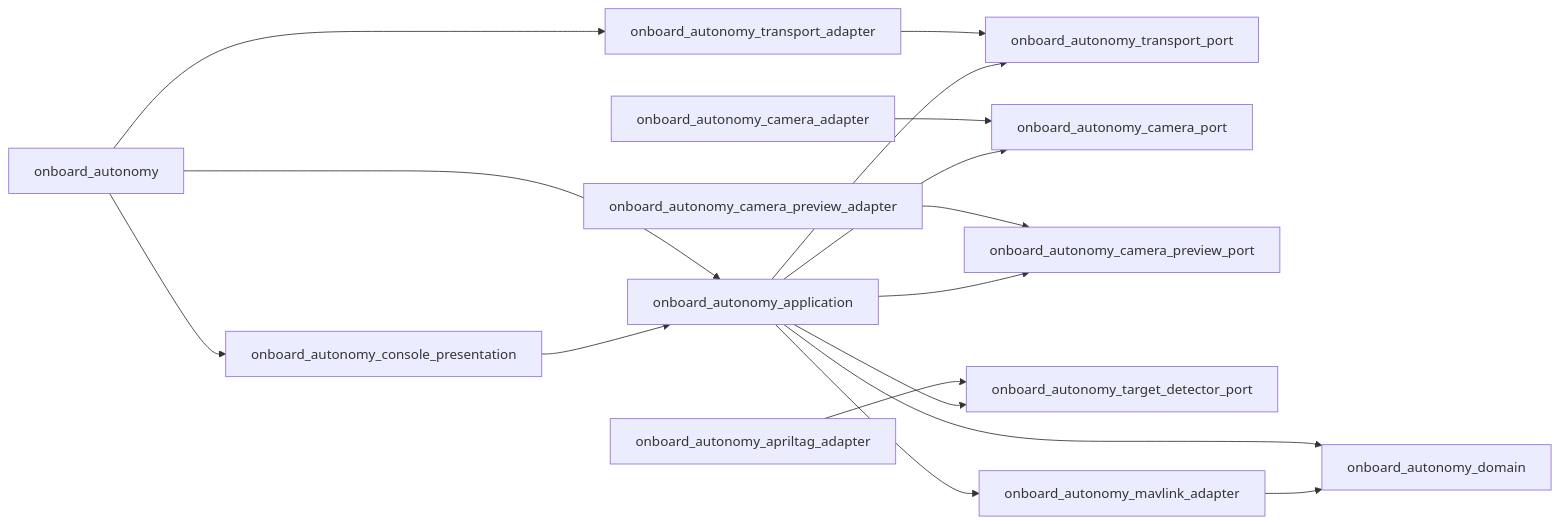
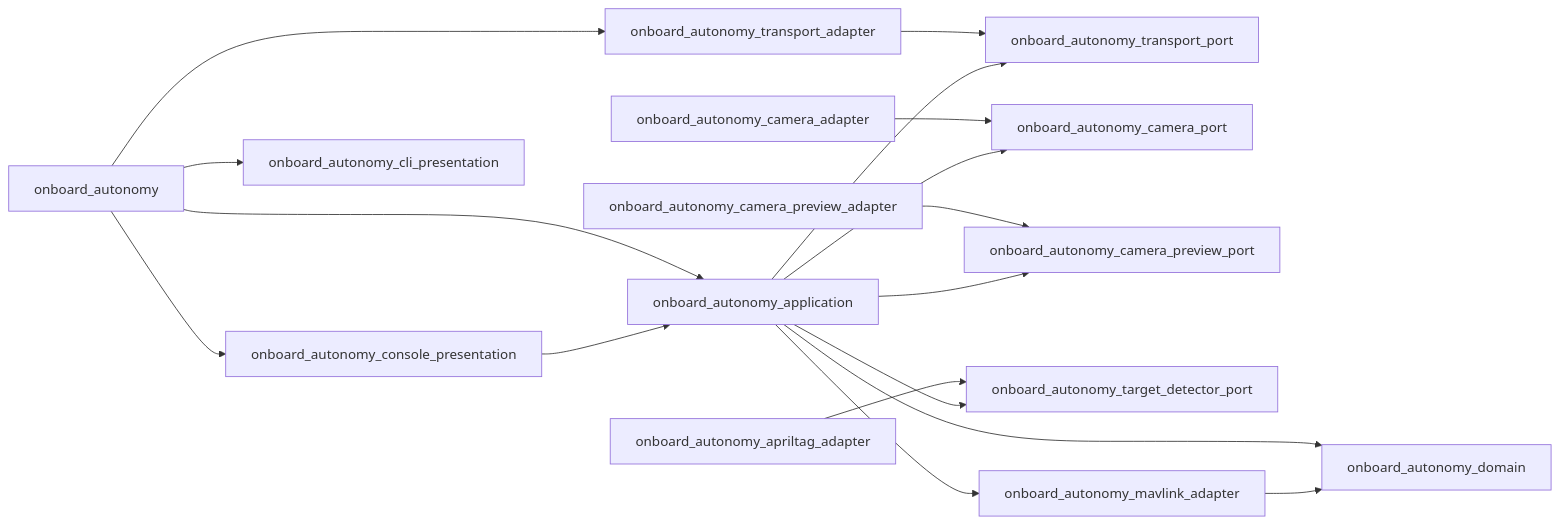
One commit to matemink/CompanionLab changed the second of 2 diagrams in docs/architecture.md. Above: the diagram before and after it, drawn with Mermaid. The commit also changed other lines of this file and 13 other files, not shown here.

````diff
--- a/docs/architecture.md
+++ b/docs/architecture.md
@@ -52,23 +52,25 @@
 ```mermaid
 flowchart LR
     Domain["onboard_autonomy_domain"]
     TransportPort["onboard_autonomy_transport_port"]
     CameraPort["onboard_autonomy_camera_port"]
     PreviewPort["onboard_autonomy_camera_preview_port"]
     DetectorPort["onboard_autonomy_target_detector_port"]
     Mavlink["onboard_autonomy_mavlink_adapter"] --> Domain
     Application["onboard_autonomy_application"] --> Domain
     Application --> Mavlink
     Application --> TransportPort
     Application --> CameraPort
     Application --> PreviewPort
     Application --> DetectorPort
     Transport["onboard_autonomy_transport_adapter"] --> TransportPort
     Camera["onboard_autonomy_camera_adapter"] --> CameraPort
     Preview["onboard_autonomy_camera_preview_adapter"] --> PreviewPort
     AprilTag["onboard_autonomy_apriltag_adapter"] --> DetectorPort
     Presentation["onboard_autonomy_console_presentation"] --> Application
+    CLI["onboard_autonomy_cli_presentation"]
     Executable["onboard_autonomy"] --> Application
     Executable --> Transport
     Executable --> Presentation
+    Executable --> CLI
 ```
````
